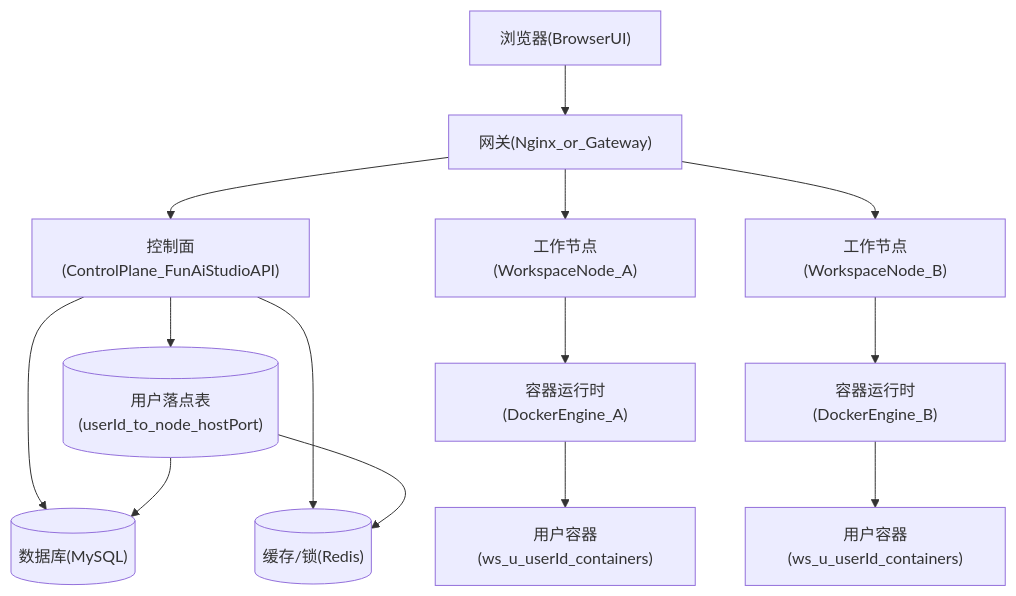
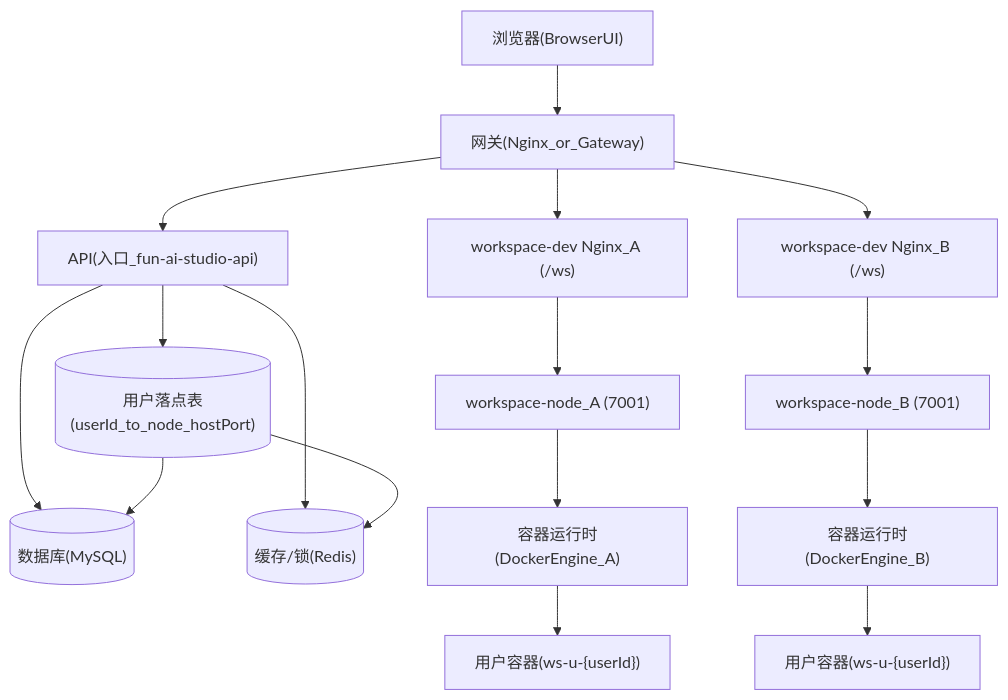
The fifth of 10 diagrams in src/main/resources/doc/domains/architecture/README.md (ruiAndroid/fun-ai-studio-api), drawn with Mermaid before and after one commit. The commit also changed other lines of this file and 19 other files, not shown here.

````diff
--- a/src/main/resources/doc/domains/architecture/README.md
+++ b/src/main/resources/doc/domains/architecture/README.md
@@ -111,21 +182,24 @@
 ```mermaid
 flowchart TD
   Browser["浏览器(BrowserUI)"] --> Gateway["网关(Nginx_or_Gateway)"]
-  Gateway --> Api["控制面(ControlPlane_FunAiStudioAPI)"]
+  Gateway --> Api["API(入口_fun-ai-studio-api)"]
 
   Api --> Mysql[("数据库(MySQL)")]
   Api --> Redis[("缓存/锁(Redis)")]
 
-  Gateway --> NodeA["工作节点(WorkspaceNode_A)"]
-  Gateway --> NodeB["工作节点(WorkspaceNode_B)"]
+  Gateway --> WsNginxA["workspace-dev Nginx_A (/ws)"]
+  Gateway --> WsNginxB["workspace-dev Nginx_B (/ws)"]
+
+  WsNginxA --> NodeA["workspace-node_A (7001)"]
+  WsNginxB --> NodeB["workspace-node_B (7001)"]
 
   NodeA --> DockerA["容器运行时(DockerEngine_A)"]
   NodeB --> DockerB["容器运行时(DockerEngine_B)"]
 
-  DockerA --> CtnA["用户容器(ws_u_userId_containers)"]
-  DockerB --> CtnB["用户容器(ws_u_userId_containers)"]
+  DockerA --> CtnA["用户容器(ws-u-{userId})"]
+  DockerB --> CtnB["用户容器(ws-u-{userId})"]
 
   Api --> Placement[("用户落点表(userId_to_node_hostPort)")]
   Placement --> Mysql
   Placement --> Redis
 ```
````
